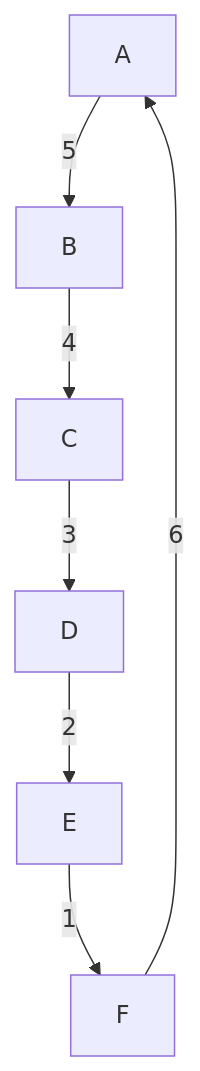
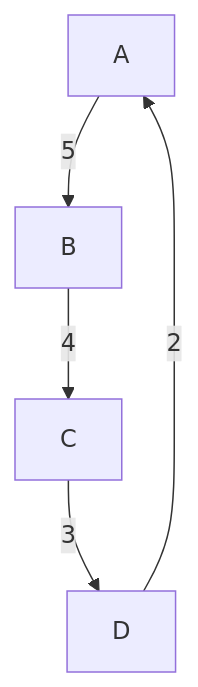
The first of 9 diagrams in Graph/Minimum Spanning Tree (MST)/Introduction.md (PaponAhasan/Data-Structures-and-Algorithms), drawn with Mermaid before and after one commit. The commit also changed other lines of this file, not shown here.

````diff
--- a/Graph/Minimum Spanning Tree (MST)/Introduction.md
+++ b/Graph/Minimum Spanning Tree (MST)/Introduction.md
@@ -18,9 +18,7 @@
   ```mermaid
     graph TD;
         A-->|5|B;
         B-->|4|C;
         C-->|3|D;
-        D-->|2|E;
-        E-->|1|F;
-        F-->|6|A;
+        D-->|2|A;
   ```
````
